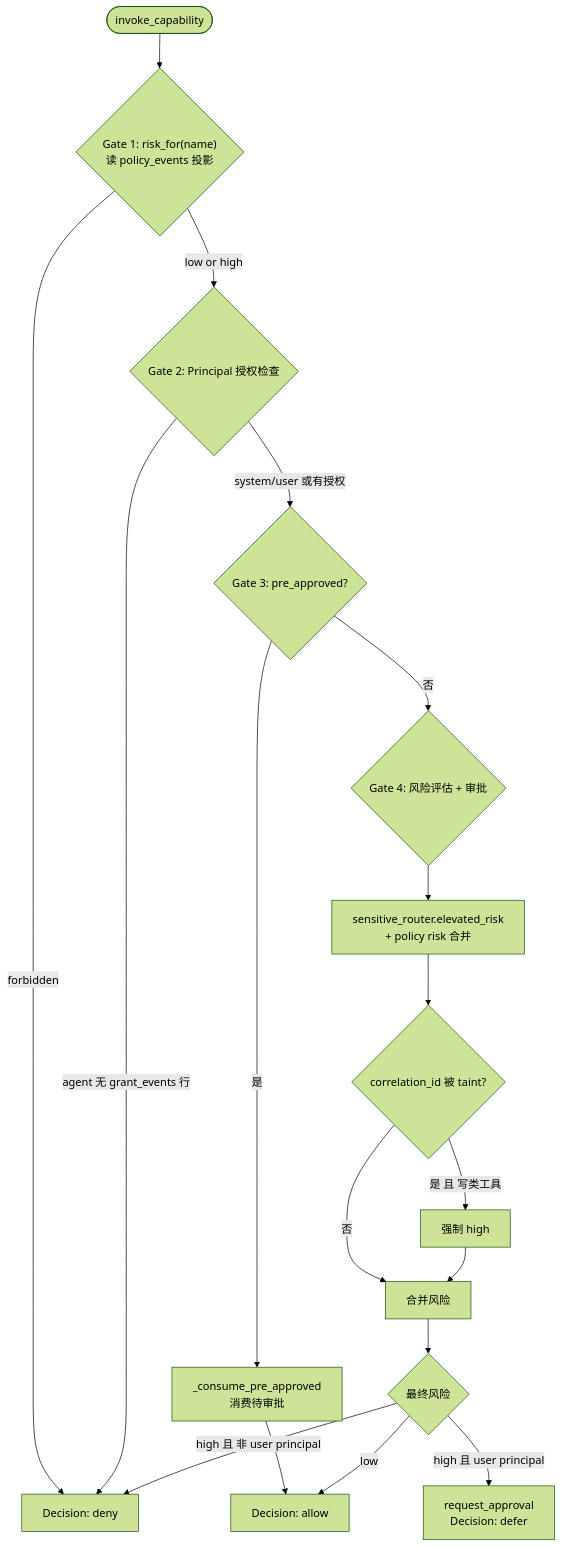
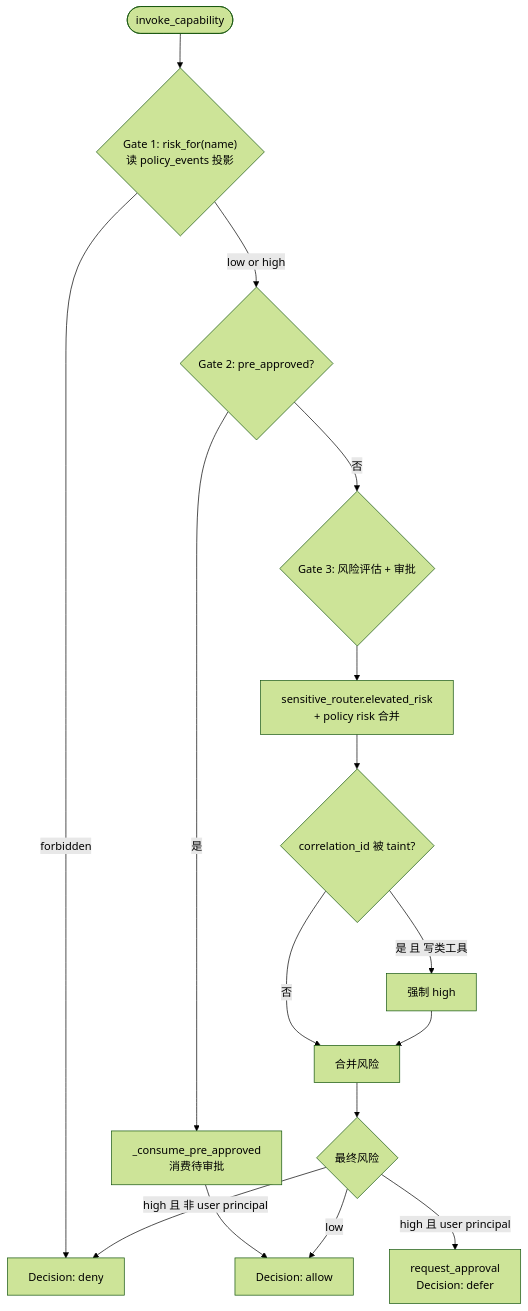
Before and after one commit to yyyyyyyy/personal-ai-runtime: the diagram in docs/02-concepts/capability-governance.md, drawn with Mermaid (forest theme). The commit also changed other lines of this file and 8 other files, not shown here.

Commit message:
refactor(capability): remove dead grant_events Gate 2 and Principal.agent

````diff
--- a/docs/02-concepts/capability-governance.md
+++ b/docs/02-concepts/capability-governance.md
@@ -27,21 +29,19 @@
 ```mermaid
 flowchart TB
     Start([invoke_capability])
     Start --> G1{"Gate 1: risk_for(name)<br/>读 policy_events 投影"}
     G1 -->|forbidden| Deny["Decision: deny"]
-    G1 -->|low or high| G2{"Gate 2: Principal 授权检查"}
-    G2 -->|agent 无 grant_events 行| Deny
-    G2 -->|system/user 或有授权| G3{"Gate 3: pre_approved?"}
-    G3 -->|是| Consume["_consume_pre_approved<br/>消费待审批"]
+    G1 -->|low or high| G2{"Gate 2: pre_approved?"}
+    G2 -->|是| Consume["_consume_pre_approved<br/>消费待审批"]
     Consume --> Allow["Decision: allow"]
-    G3 -->|否| G4{"Gate 4: 风险评估 + 审批"}
-    G4 --> RR["sensitive_router.elevated_risk<br/>+ policy risk 合并"]
+    G2 -->|否| G3{"Gate 3: 风险评估 + 审批"}
+    G3 --> RR["sensitive_router.elevated_risk<br/>+ policy risk 合并"]
     RR --> Taint{correlation_id 被 taint?}
     Taint -->|是 且 写类工具| Force["强制 high"]
     Taint -->|否| Comb[合并风险]
     Force --> Comb
     Comb --> Final{最终风险}
     Final -->|high 且 非 user principal| Deny
     Final -->|high 且 user principal| Defer["request_approval<br/>Decision: defer"]
     Final -->|low| Allow
 ```
````
